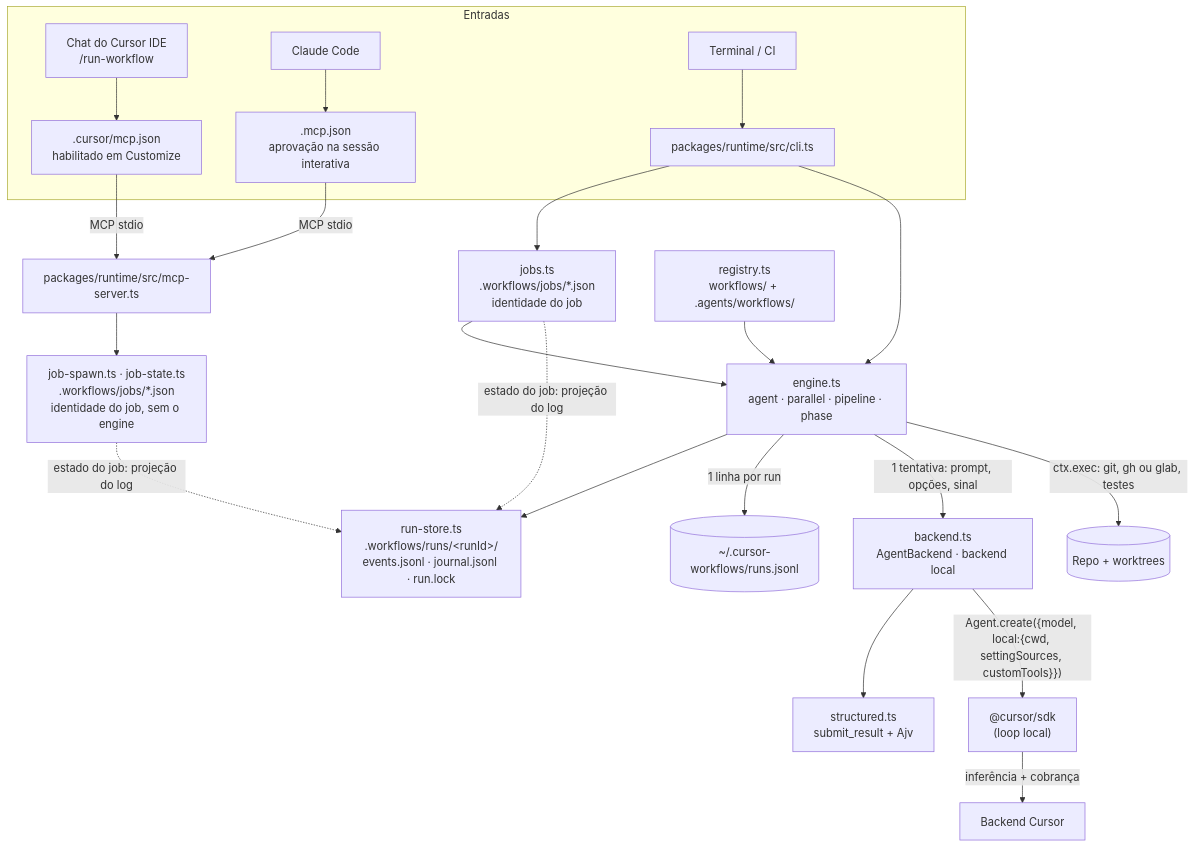
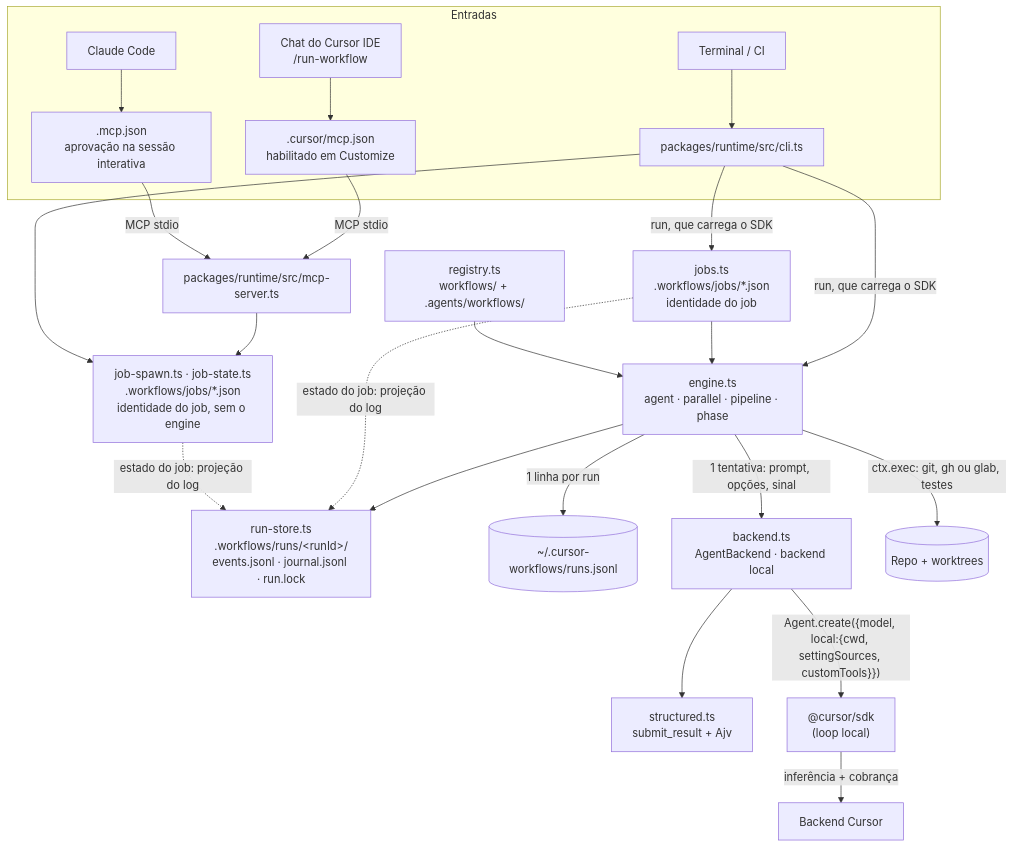
One commit to rodrigorjsf/cursor-workflows-starter changed the first of 2 diagrams in docs/internals/01-arquitetura.md. Above: the diagram before and after it, drawn with Mermaid. The commit also changed 4 other files, not shown here.

First line of the commit message:
feat(cli): wf loads the Cursor SDK only in the commands that use it

````diff
--- a/docs/internals/01-arquitetura.md
+++ b/docs/internals/01-arquitetura.md
@@ -5,24 +5,25 @@
 ```mermaid
 flowchart TB
   subgraph Entradas
     CHAT["Chat do Cursor IDE<br/>/run-workflow"] --> CREG[".cursor/mcp.json<br/>habilitado em Customize"]
     CCODE["Claude Code"] --> CCREG[".mcp.json<br/>aprovação na sessão interativa"]
     TERM["Terminal / CI"] --> CLI[packages/runtime/src/cli.ts]
   end
   CREG -->|MCP stdio| MCP[packages/runtime/src/mcp-server.ts]
   CCREG -->|MCP stdio| MCP
   MCP --> SPAWN[job-spawn.ts · job-state.ts<br/>.workflows/jobs/*.json<br/>identidade do job, sem o engine]
-  CLI --> JOBS[jobs.ts<br/>.workflows/jobs/*.json<br/>identidade do job]
-  CLI --> ENG
+  CLI --> SPAWN
+  CLI -->|"run, que carrega o SDK"| JOBS[jobs.ts<br/>.workflows/jobs/*.json<br/>identidade do job]
+  CLI -->|"run, que carrega o SDK"| ENG
   JOBS --> ENG[engine.ts<br/>agent · parallel · pipeline · phase]
   REG[registry.ts<br/>workflows/ + .agents/workflows/] --> ENG
   ENG --> JR[run-store.ts<br/>.workflows/runs/&lt;runId&gt;/<br/>events.jsonl · journal.jsonl · run.lock]
   JOBS -.->|"estado do job: projeção do log"| JR
   SPAWN -.->|"estado do job: projeção do log"| JR
   ENG -->|1 linha por run| IDX[("~/.cursor-workflows/runs.jsonl")]
   ENG -->|"1 tentativa: prompt, opções, sinal"| BE[backend.ts<br/>AgentBackend · backend local]
   BE --> ST[structured.ts<br/>submit_result + Ajv]
   BE -->|"Agent.create({model, local:{cwd, settingSources, customTools}})"| SDK["@cursor/sdk<br/>(loop local)"]
   SDK -->|inferência + cobrança| CUR[Backend Cursor]
   ENG -->|"ctx.exec: git, gh ou glab, testes"| REPO[(Repo + worktrees)]
 ```
````
